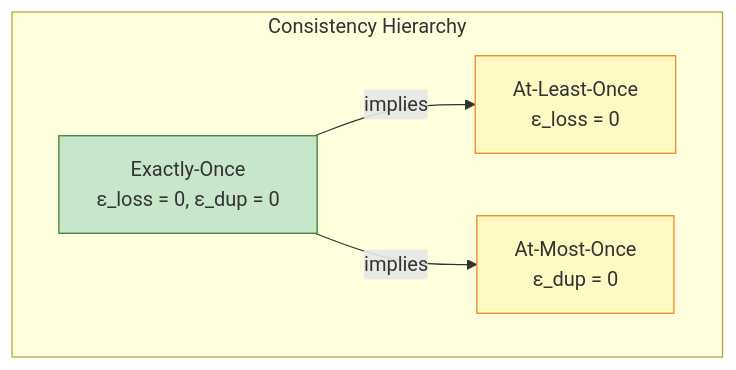
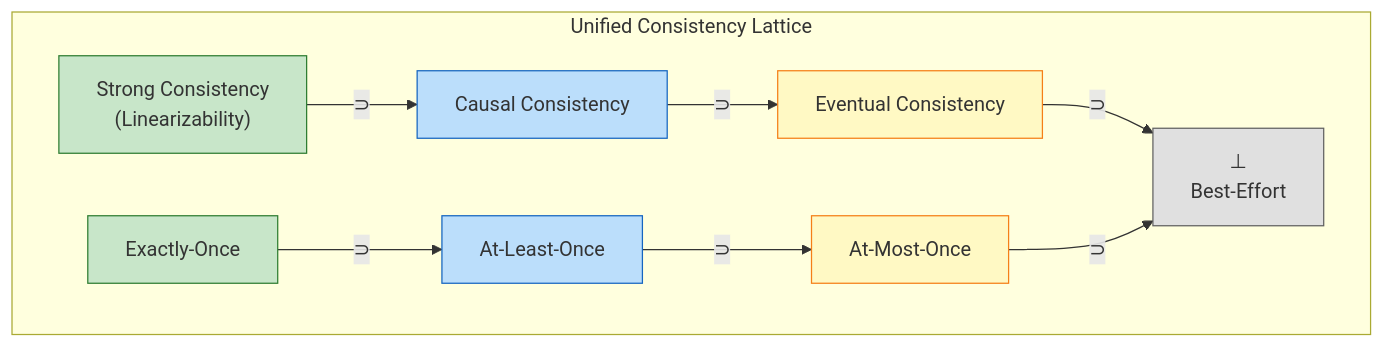
The first of 2 diagrams in Struct/02-properties/02.02-consistency-hierarchy.md (AdaMartin18010/AnalysisDataFlow), drawn with Mermaid before and after one commit. The commit also changed other lines of this file and 8 other files, not shown here.

````diff
--- a/Struct/02-properties/02.02-consistency-hierarchy.md
+++ b/Struct/02-properties/02.02-consistency-hierarchy.md
@@ -649,15 +784,28 @@
 ```mermaid
 graph TB
-    subgraph "Consistency Hierarchy"
-        EO["Exactly-Once<br/>ε_loss = 0, ε_dup = 0"]
-        AL["At-Least-Once<br/>ε_loss = 0"]
-        AM["At-Most-Once<br/>ε_dup = 0"]
+    subgraph "Unified Consistency Lattice"
+        SC["Strong Consistency<br/>(Linearizability)"]
+        CC["Causal Consistency"]
+        EC["Eventual Consistency"]
+        EO["Exactly-Once"]
+        AL["At-Least-Once"]
+        AM["At-Most-Once"]
+        BOT["⊥<br/>Best-Effort"]
     end
 
-    EO -->|"implies"| AL
-    EO -->|"implies"| AM
+    SC -->|"⊃"| CC
+    CC -->|"⊃"| EC
+    EC -->|"⊃"| BOT
 
+    EO -->|"⊃"| AL
+    AL -->|"⊃"| AM
+    AM -->|"⊃"| BOT
+
+    style SC fill:#c8e6c9,stroke:#2e7d32
     style EO fill:#c8e6c9,stroke:#2e7d32
-    style AL fill:#fff9c4,stroke:#f57f17
+    style CC fill:#bbdefb,stroke:#1565c0
+    style AL fill:#bbdefb,stroke:#1565c0
+    style EC fill:#fff9c4,stroke:#f57f17
     style AM fill:#fff9c4,stroke:#f57f17
+    style BOT fill:#e0e0e0,stroke:#616161
 ```
````
